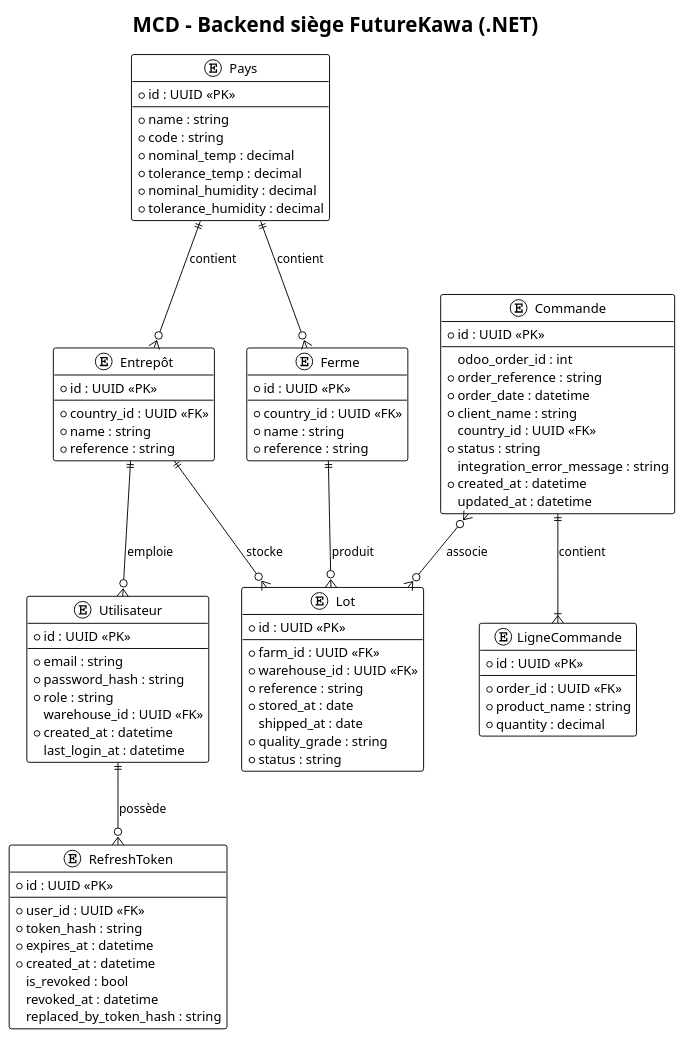
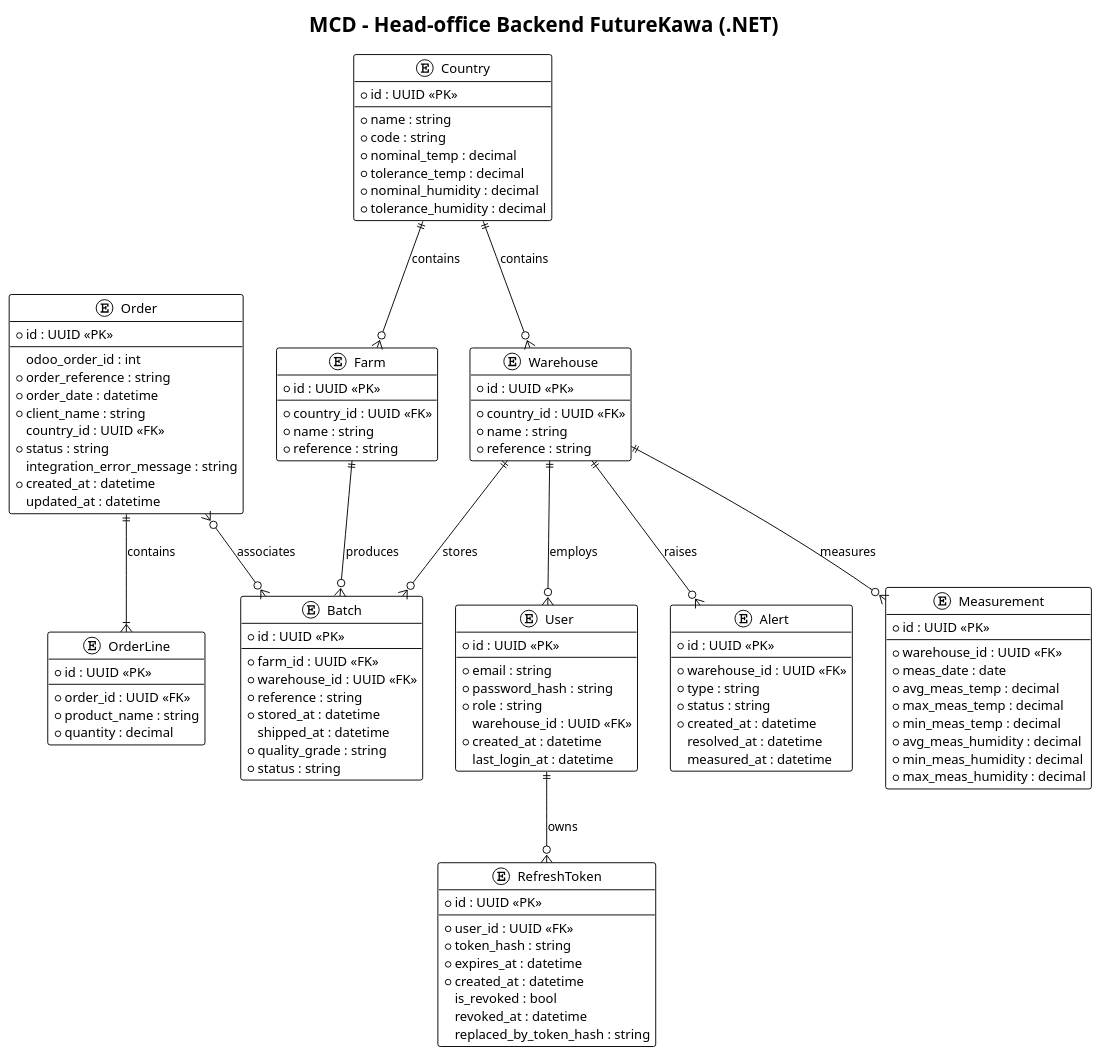
The diagram in Documentation/diagrammes/mcd_backend.puml (FutureKawa-Nte-G2/FutureKawa), drawn with PlantUML before and after one commit. The commit also changed 53 other files, not shown here.

First line of the commit message:
feat(batches): #10 - add FIFO batch listing with country/warehouse reference endpoints (#61)

```diff
--- a/Documentation/diagrammes/mcd_backend.puml
+++ b/Documentation/diagrammes/mcd_backend.puml
@@ -1,101 +1,127 @@
 @startuml MCD_Backend_FutureKawa
 
 !theme plain
 
-title MCD - Backend siège FutureKawa (.NET)
+title MCD - Head-office Backend FutureKawa (.NET)
 
-entity "Utilisateur" as User {
+entity "User" as User {
   * id : UUID <<PK>>
   --
   * email : string
   * password_hash : string
   * role : string
   warehouse_id : UUID <<FK>>
   * created_at : datetime
   last_login_at : datetime
 }
 
 entity "RefreshToken" as RefreshToken {
   * id : UUID <<PK>>
   --
   * user_id : UUID <<FK>>
   * token_hash : string
   * expires_at : datetime
   * created_at : datetime
   is_revoked : bool
   revoked_at : datetime
   replaced_by_token_hash : string
 }
 
-entity "Pays" as Country {
+entity "Country" as Country {
   * id : UUID <<PK>>
   --
   * name : string
   * code : string
   * nominal_temp : decimal
   * tolerance_temp : decimal
   * nominal_humidity : decimal
   * tolerance_humidity : decimal
 }
 
-entity "Ferme" as Farm {
+entity "Farm" as Farm {
   * id : UUID <<PK>>
   --
   * country_id : UUID <<FK>>
   * name : string
   * reference : string
 }
 
-entity "Entrepôt" as Warehouse {
+entity "Warehouse" as Warehouse {
   * id : UUID <<PK>>
   --
   * country_id : UUID <<FK>>
   * name : string
   * reference : string
 }
 
-entity "Lot" as Batch {
+entity "Batch" as Batch {
   * id : UUID <<PK>>
   --
   * farm_id : UUID <<FK>>
   * warehouse_id : UUID <<FK>>
   * reference : string
-  * stored_at : date
-  shipped_at : date
+  * stored_at : datetime
+  shipped_at : datetime
   * quality_grade : string
   * status : string
 }
 
-entity "Commande" as Order {
+entity "Alert" as Alert {
+  * id : UUID <<PK>>
+  --
+  * warehouse_id : UUID <<FK>>
+  * type : string
+  * status : string
+  * created_at : datetime
+  resolved_at : datetime
+  measured_at : datetime
+}
+
+entity "Measurement" as Measurement {
+  * id : UUID <<PK>>
+  --
+  * warehouse_id : UUID <<FK>>
+  * meas_date : date
+  * avg_meas_temp : decimal
+  * max_meas_temp : decimal
+  * min_meas_temp : decimal
+  * avg_meas_humidity : decimal
+  * min_meas_humidity : decimal
+  * max_meas_humidity : decimal
+}
+
+entity "Order" as Order {
   * id : UUID <<PK>>
   --
   odoo_order_id : int
   * order_reference : string
   * order_date : datetime
   * client_name : string
   country_id : UUID <<FK>>
   * status : string
   integration_error_message : string
   * created_at : datetime
   updated_at : datetime
 }
 
-entity "LigneCommande" as OrderLine {
+entity "OrderLine" as OrderLine {
   * id : UUID <<PK>>
   --
   * order_id : UUID <<FK>>
   * product_name : string
   * quantity : decimal
 }
 
-' Relations conceptuelles
-User ||--o{ RefreshToken : "possède"
-Warehouse ||--o{ User : "emploie"
-Country ||--o{ Farm : "contient"
-Country ||--o{ Warehouse : "contient"
-Farm ||--o{ Batch : "produit"
-Warehouse ||--o{ Batch : "stocke"
-Order ||--|{ OrderLine : "contient"
-Order }o--o{ Batch : "associe"
+' Conceptual relationships
+User ||--o{ RefreshToken : "owns"
+Warehouse ||--o{ User : "employs"
+Country ||--o{ Farm : "contains"
+Country ||--o{ Warehouse : "contains"
+Farm ||--o{ Batch : "produces"
+Warehouse ||--o{ Batch : "stores"
+Warehouse ||--o{ Alert : "raises"
+Warehouse ||--o{ Measurement : "measures"
+Order ||--|{ OrderLine : "contains"
+Order }o--o{ Batch : "associates"
 
 @enduml
```
